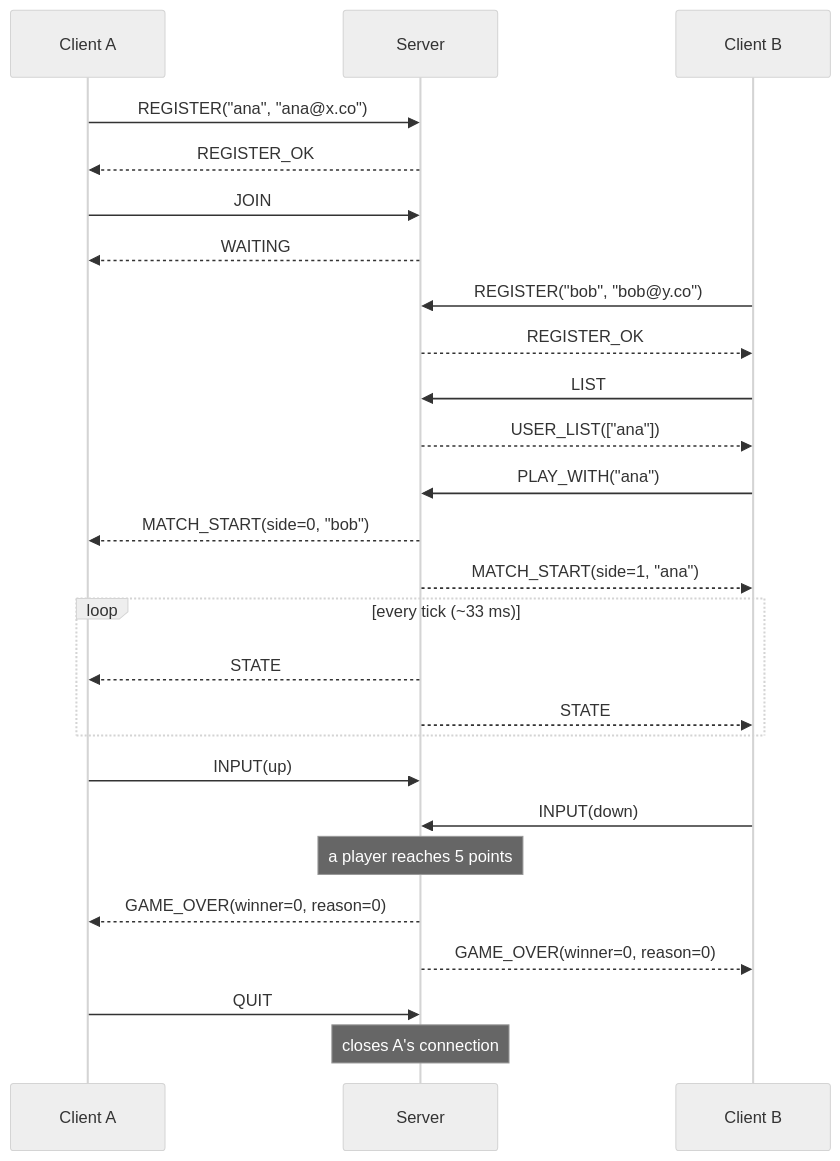
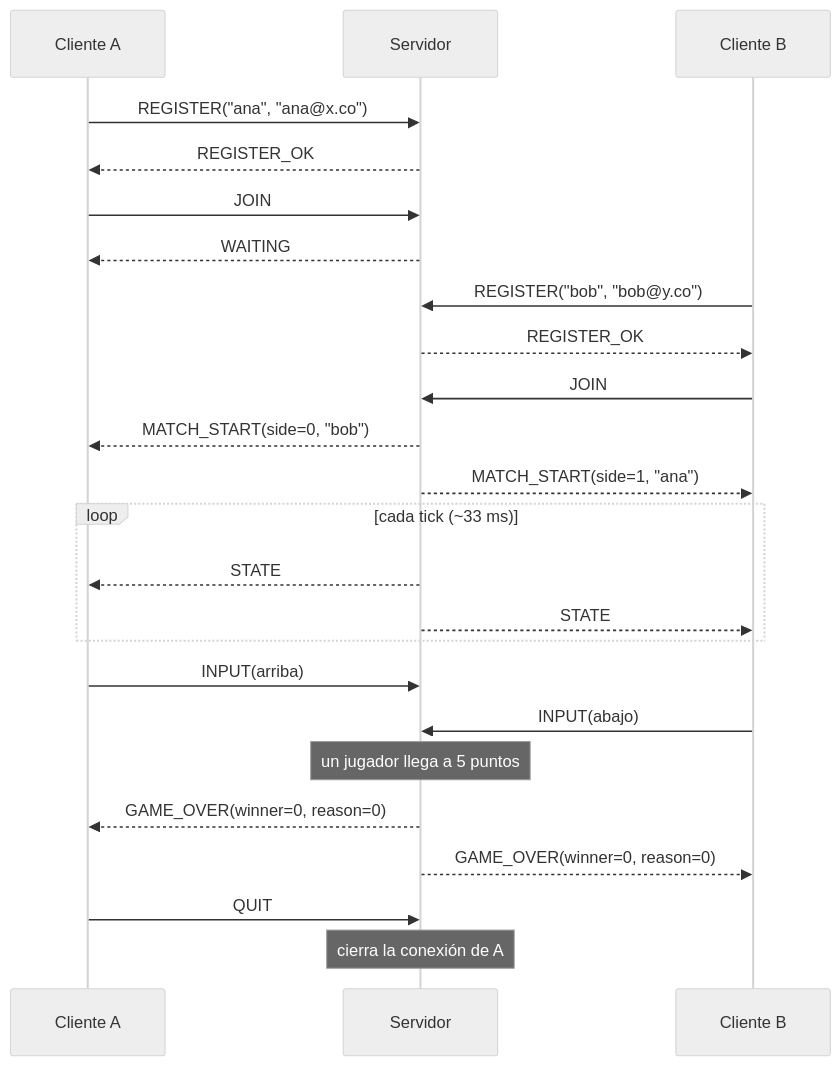
The second of 4 diagrams in README.md (mgarciac10/ProyectoN1-Pong), drawn with Mermaid (neutral theme) before and after one commit. The commit also changed other lines of this file, not shown here.

````diff
--- a/README.md
+++ b/README.md
@@ -365,28 +324,26 @@
 ```mermaid
 sequenceDiagram
-    participant A as Client A
-    participant S as Server
-    participant B as Client B
+    participant A as Cliente A
+    participant S as Servidor
+    participant B as Cliente B
     A->>S: REGISTER("ana", "ana@x.co")
     S-->>A: REGISTER_OK
     A->>S: JOIN
     S-->>A: WAITING
     B->>S: REGISTER("bob", "bob@y.co")
     S-->>B: REGISTER_OK
-    B->>S: LIST
-    S-->>B: USER_LIST(["ana"])
-    B->>S: PLAY_WITH("ana")
+    B->>S: JOIN
     S-->>A: MATCH_START(side=0, "bob")
     S-->>B: MATCH_START(side=1, "ana")
-    loop every tick (~33 ms)
+    loop cada tick (~33 ms)
         S-->>A: STATE
         S-->>B: STATE
     end
-    A->>S: INPUT(up)
-    B->>S: INPUT(down)
-    Note over S: a player reaches 5 points
+    A->>S: INPUT(arriba)
+    B->>S: INPUT(abajo)
+    Note over S: un jugador llega a 5 puntos
     S-->>A: GAME_OVER(winner=0, reason=0)
     S-->>B: GAME_OVER(winner=0, reason=0)
     A->>S: QUIT
-    Note over S: closes A's connection
+    Note over S: cierra la conexión de A
 ```
````
